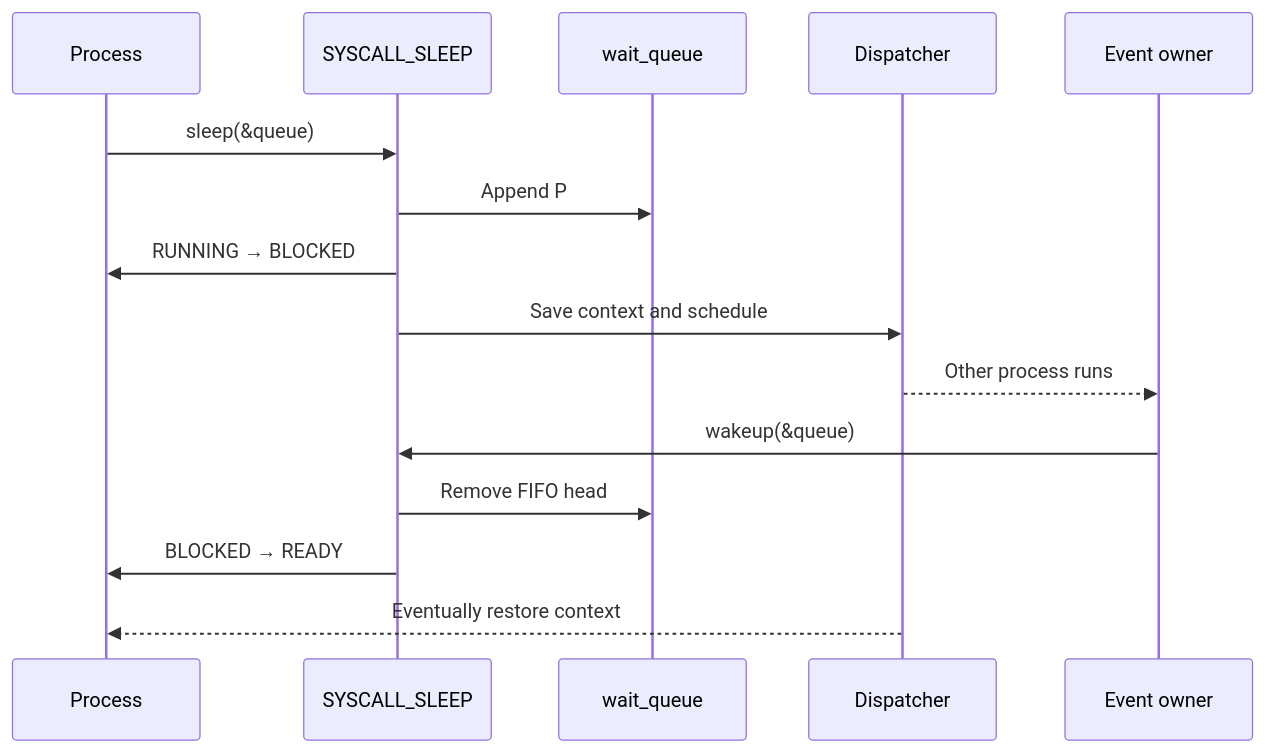
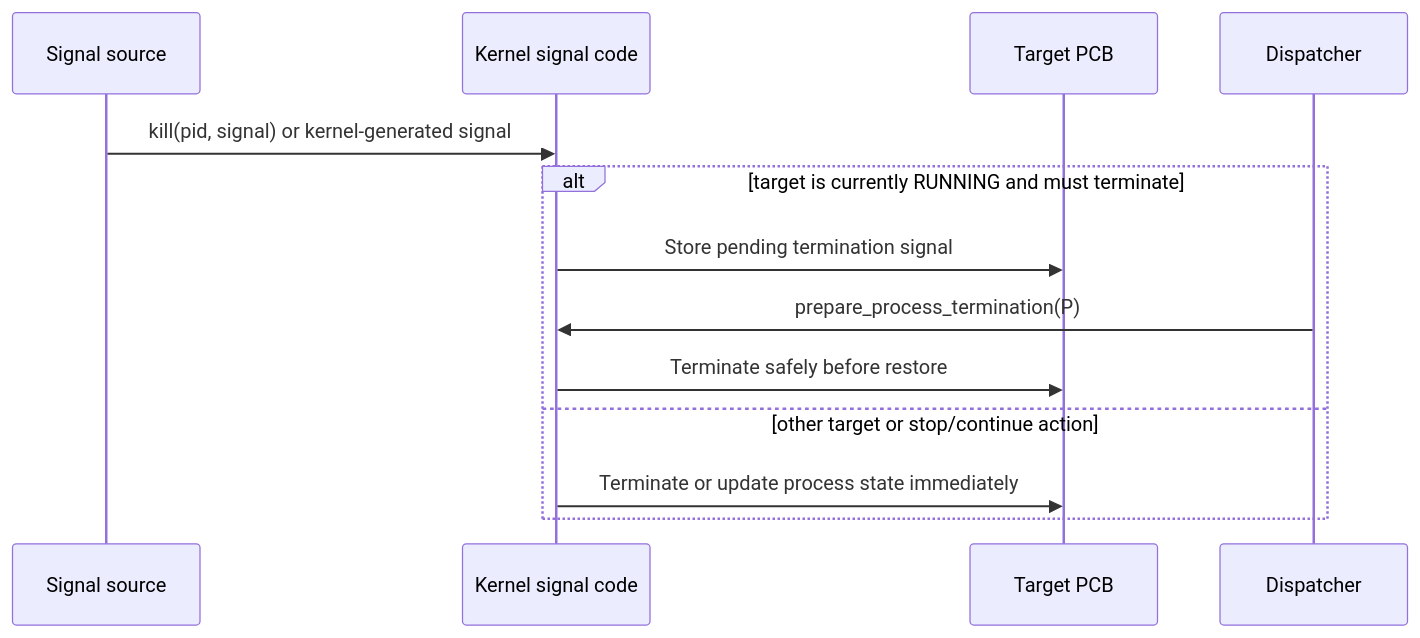
Before and after one commit to matthejue/Pico-OS_Presentation: diagram 15 of 30 in .source/Pico-OS-README.md, drawn with Mermaid. The commit also changed other lines of this file and 10 other files, not shown here.

Commit message:
updated the PicoOS presentation to follow the refreshed README structure and content Added visual zoom support, Mermaid rendering, presentation validation, and source review documentation Refreshed presentation styling, metadata, source snapshots, and contributor instructions

````diff
--- a/.source/Pico-OS-README.md
+++ b/.source/Pico-OS-README.md
@@ -1830,18 +2160,16 @@
 ```mermaid
 sequenceDiagram
-    participant P as Process
-    participant K as SYSCALL_SLEEP
-    participant Q as wait_queue
+    participant S as Signal source
+    participant K as Kernel signal code
+    participant P as Target PCB
     participant D as Dispatcher
-    participant E as Event owner
 
-    P->>K: sleep(&queue)
-    K->>Q: Append P
-    K->>P: RUNNING → BLOCKED
-    K->>D: Save context and schedule
-    D-->>E: Other process runs
-    E->>K: wakeup(&queue)
-    K->>Q: Remove FIFO head
-    K->>P: BLOCKED → READY
-    D-->>P: Eventually restore context
+    S->>K: kill(pid, signal) or kernel-generated signal
+    alt target is currently RUNNING and must terminate
+        K->>P: Store pending termination signal
+        D->>K: prepare_process_termination(P)
+        K->>P: Terminate safely before restore
+    else other target or stop/continue action
+        K->>P: Terminate or update process state immediately
+    end
 ```
````
